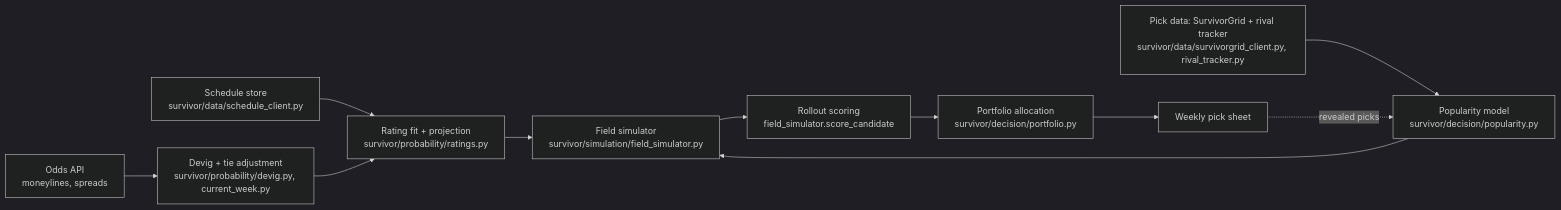
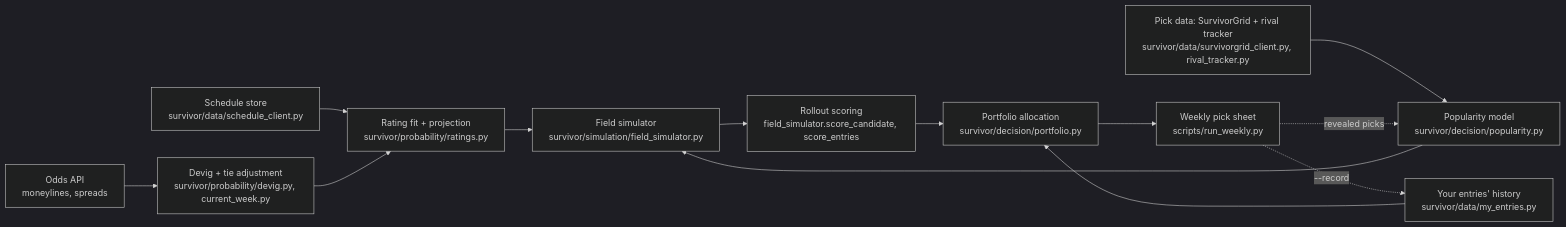
The diagram in README.md (jacburge/survivor-pool-model), drawn with Mermaid (dark theme) before and after one commit. The commit also changed other lines of this file, not shown here.

First line of the commit message:
Fix stale README: entry tracking, run_weekly.py, and test count

````diff
--- a/README.md
+++ b/README.md
@@ -13,13 +13,15 @@
 ```mermaid
 flowchart LR
     A["Odds API<br/>moneylines, spreads"] --> D["Devig + tie adjustment<br/>survivor/probability/devig.py, current_week.py"]
     B["Schedule store<br/>survivor/data/schedule_client.py"] --> E["Rating fit + projection<br/>survivor/probability/ratings.py"]
     D --> E
     C["Pick data: SurvivorGrid + rival tracker<br/>survivor/data/survivorgrid_client.py, rival_tracker.py"] --> F["Popularity model<br/>survivor/decision/popularity.py"]
     E --> G["Field simulator<br/>survivor/simulation/field_simulator.py"]
     F --> G
-    G --> H["Rollout scoring<br/>field_simulator.score_candidate"]
+    K["Your entries' history<br/>survivor/data/my_entries.py"] --> I
+    G --> H["Rollout scoring<br/>field_simulator.score_candidate, score_entries"]
     H --> I["Portfolio allocation<br/>survivor/decision/portfolio.py"]
-    I --> J["Weekly pick sheet"]
+    I --> J["Weekly pick sheet<br/>scripts/run_weekly.py"]
     J -.->|revealed picks| F
+    J -.->|--record| K
 ```
````
